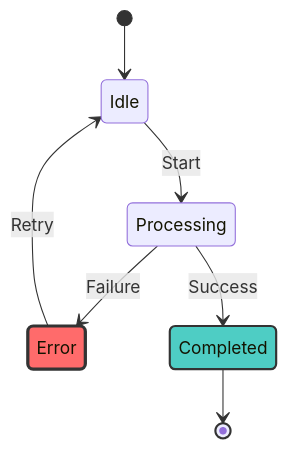
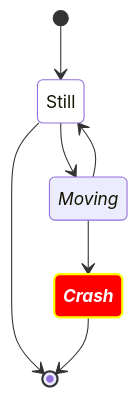
Diagram 16 of 19 in skills/mermaid/examples/state.md (teachingai/full-stack-skills), drawn with Mermaid before and after one commit. The commit also changed other lines of this file and 21 other files, not shown here.

First line of the commit message:
docs(mermaid): 更新架构、块、C4和类图示例文档

````diff
--- a/skills/mermaid/examples/state.md
+++ b/skills/mermaid/examples/state.md
@@ -164,15 +257,22 @@
 ```mermaid
-stateDiagram-v2
-    [*] --> Idle
-    Idle --> Processing : Start
-    Processing --> Error : Failure
-    Error --> Idle : Retry
-    Processing --> Completed : Success
-    Completed --> [*]
+stateDiagram
+   direction TB
 
-    classDef errorState fill:#ff6b6b,stroke:#333,stroke-width:3px
-    classDef successState fill:#4ecdc4,stroke:#333,stroke-width:2px
+   accTitle: This is the accessible title
+   accDescr: This is an accessible description
 
-    class Error errorState
-    class Completed successState
+   classDef notMoving fill:white
+   classDef movement font-style:italic
+   classDef badBadEvent fill:#f00,color:white,font-weight:bold,stroke-width:2px,stroke:yellow
+
+   [*]--> Still
+   Still --> [*]
+   Still --> Moving
+   Moving --> Still
+   Moving --> Crash
+   Crash --> [*]
+
+   class Still notMoving
+   class Moving, Crash movement
+   class Crash badBadEvent
 ```
````
